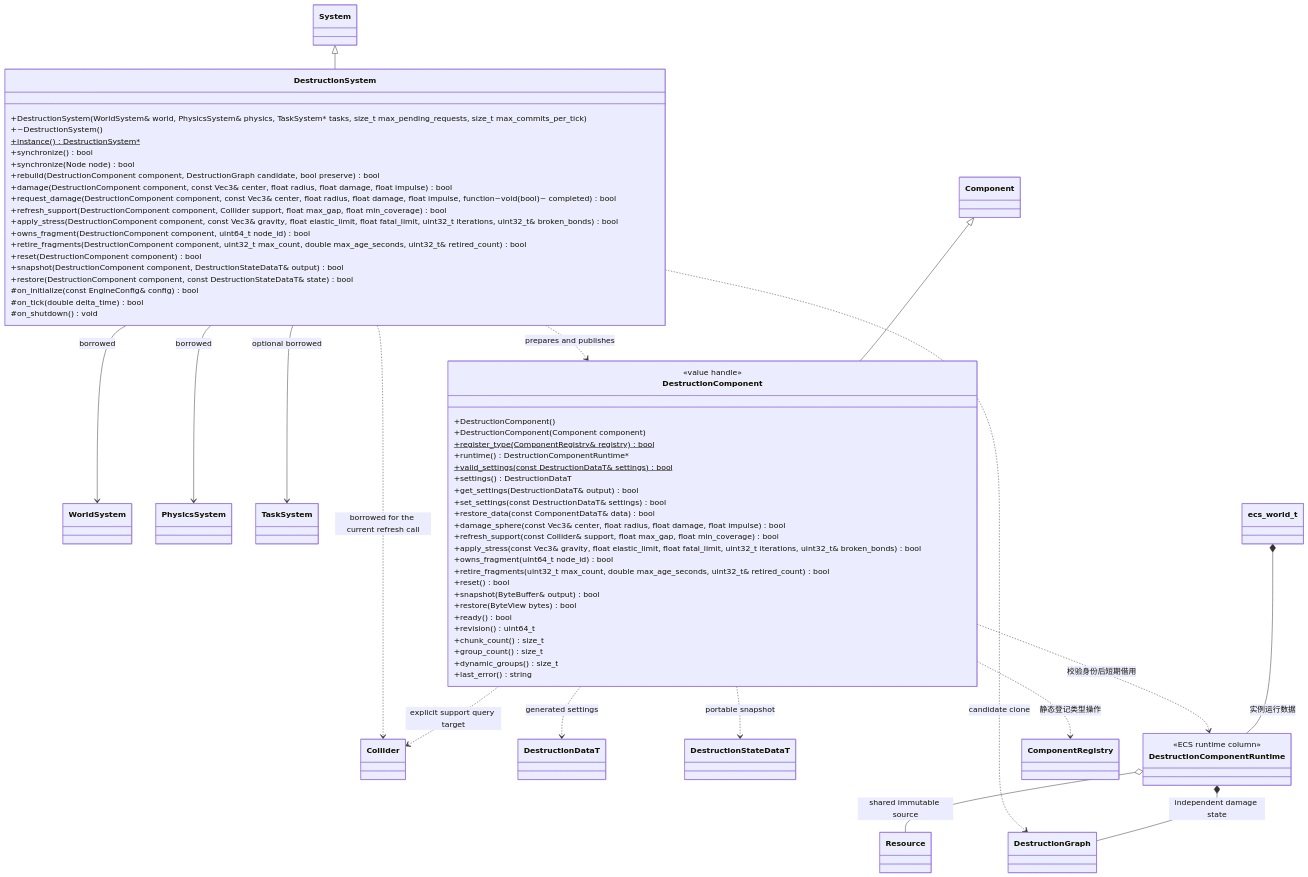
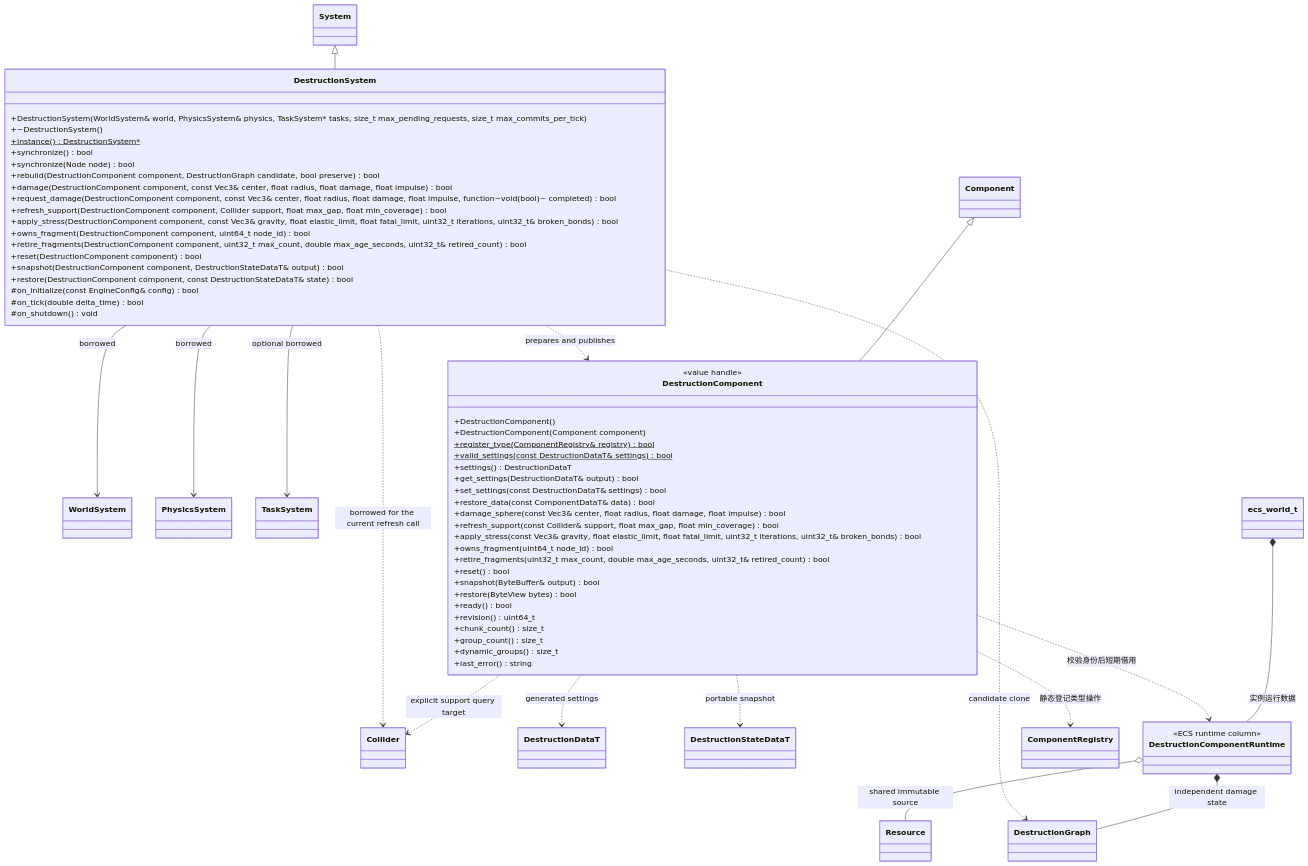
The diagram in docs/plugins/runtime/class-diagrams/destruction.md (lcals/Engine), drawn with Mermaid before and after one commit. The commit also changed other lines of this file and 125 other files, not shown here.

First line of the commit message:
Fix engine architecture contracts and recovery paths

````diff
--- a/docs/plugins/runtime/class-diagrams/destruction.md
+++ b/docs/plugins/runtime/class-diagrams/destruction.md
@@ -7,81 +7,80 @@
 ```mermaid
 classDiagram
 class System
 class Component
 class WorldSystem
 class PhysicsSystem
 class TaskSystem
 class Collider
 class Resource
 class DestructionGraph
 class DestructionDataT
 class DestructionStateDataT
 class DestructionComponent {
         <<value handle>>
         +DestructionComponent()
         +DestructionComponent(Component component)
         +register_type(ComponentRegistry& registry) bool$
-        +runtime() DestructionComponentRuntime#42;
 +valid_settings(const DestructionDataT& settings) bool$
 +settings() DestructionDataT
 +get_settings(DestructionDataT& output) bool
 +set_settings(const DestructionDataT& settings) bool
 +restore_data(const ComponentDataT& data) bool
 +damage_sphere(const Vec3& center, float radius, float damage, float impulse) bool
 +refresh_support(const Collider& support, float max_gap, float min_coverage) bool
 +apply_stress(const Vec3& gravity, float elastic_limit, float fatal_limit, uint32_t iterations, uint32_t& broken_bonds) bool
 +owns_fragment(uint64_t node_id) bool
 +retire_fragments(uint32_t max_count, double max_age_seconds, uint32_t& retired_count) bool
 +reset() bool
 +snapshot(ByteBuffer& output) bool
 +restore(ByteView bytes) bool
 +ready() bool
 +revision() uint64_t
 +chunk_count() size_t
 +group_count() size_t
 +dynamic_groups() size_t
 +last_error() string
 }
 class DestructionSystem {
 +DestructionSystem(WorldSystem& world, PhysicsSystem& physics, TaskSystem* tasks, size_t max_pending_requests, size_t max_commits_per_tick)
 +~DestructionSystem()
 +instance() DestructionSystem*$
 +synchronize() bool
 +synchronize(Node node) bool
 +rebuild(DestructionComponent component, DestructionGraph candidate, bool preserve) bool
 +damage(DestructionComponent component, const Vec3& center, float radius, float damage, float impulse) bool
 +request_damage(DestructionComponent component, const Vec3& center, float radius, float damage, float impulse, function~void(bool)~ completed) bool
 +refresh_support(DestructionComponent component, Collider support, float max_gap, float min_coverage) bool
 +apply_stress(DestructionComponent component, const Vec3& gravity, float elastic_limit, float fatal_limit, uint32_t iterations, uint32_t& broken_bonds) bool
 +owns_fragment(DestructionComponent component, uint64_t node_id) bool
 +retire_fragments(DestructionComponent component, uint32_t max_count, double max_age_seconds, uint32_t& retired_count) bool
 +reset(DestructionComponent component) bool
 +snapshot(DestructionComponent component, DestructionStateDataT& output) bool
 +restore(DestructionComponent component, const DestructionStateDataT& state) bool
 #on_initialize(const EngineConfig& config) bool
 #on_tick(double delta_time) bool
 #on_shutdown() void
 }
 System <|-- DestructionSystem
 Component <|-- DestructionComponent
 DestructionComponentRuntime *-- DestructionGraph : independent damage state
 DestructionComponentRuntime o-- Resource : shared immutable source
 DestructionComponent ..> DestructionDataT : generated settings
 DestructionComponent ..> DestructionStateDataT : portable snapshot
 DestructionComponent ..> Collider : explicit support query target
 DestructionSystem --> WorldSystem : borrowed
 DestructionSystem --> PhysicsSystem : borrowed
 DestructionSystem --> TaskSystem : optional borrowed
 DestructionSystem ..> Collider : borrowed for the current refresh call
 DestructionSystem ..> DestructionComponent : prepares and publishes
 DestructionSystem ..> DestructionGraph : candidate clone
     class ComponentRegistry
     class ecs_world_t
     class DestructionComponentRuntime {
         <<ECS runtime column>>
     }
     ecs_world_t *-- DestructionComponentRuntime : 实例运行数据
     DestructionComponent ..> DestructionComponentRuntime : 校验身份后短期借用
     DestructionComponent ..> ComponentRegistry : 静态登记类型操作
 
 ```
````
